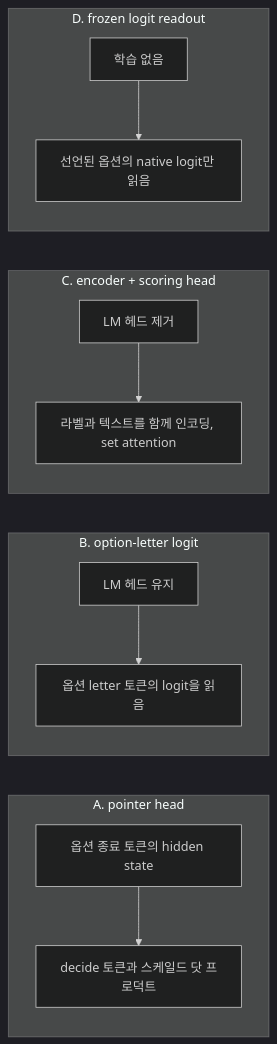
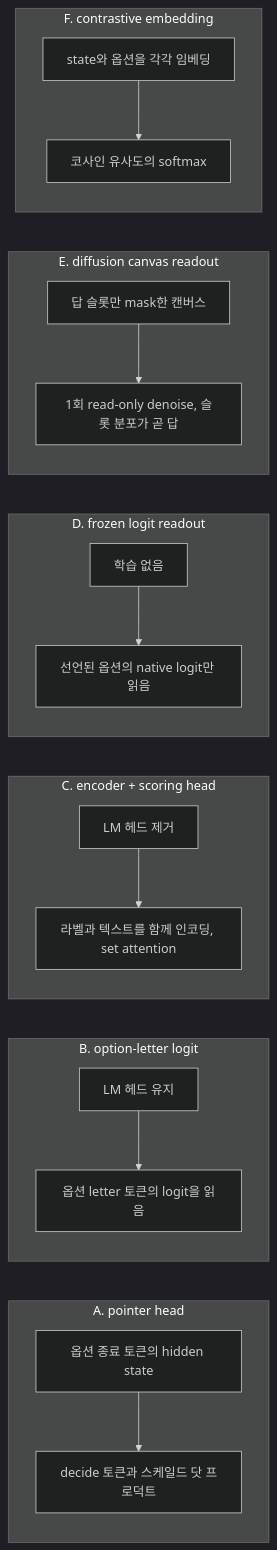
One commit to sangyun628/research changed the second of 3 diagrams in ai-infrastructure/system-one-models/open-implementations.md. Above: the diagram before and after it, drawn with Mermaid (dark theme). The commit also changed other lines of this file and 6 other files, not shown here.

````diff
--- a/ai-infrastructure/system-one-models/open-implementations.md
+++ b/ai-infrastructure/system-one-models/open-implementations.md
@@ -50,15 +52,21 @@
 ```mermaid
 flowchart LR
   subgraph A["A. pointer head"]
     A1["옵션 종료 토큰의 hidden state"] --> A2["decide 토큰과 스케일드 닷 프로덕트"]
   end
   subgraph B["B. option-letter logit"]
     B1["LM 헤드 유지"] --> B2["옵션 letter 토큰의 logit을 읽음"]
   end
   subgraph C["C. encoder + scoring head"]
     C1["LM 헤드 제거"] --> C2["라벨과 텍스트를 함께 인코딩, set attention"]
   end
   subgraph D["D. frozen logit readout"]
     D1["학습 없음"] --> D2["선언된 옵션의 native logit만 읽음"]
   end
+  subgraph E["E. diffusion canvas readout"]
+    E1["답 슬롯만 mask한 캔버스"] --> E2["1회 read-only denoise, 슬롯 분포가 곧 답"]
+  end
+  subgraph F["F. contrastive embedding"]
+    F1["state와 옵션을 각각 임베딩"] --> F2["코사인 유사도의 softmax"]
+  end
 ```
````
